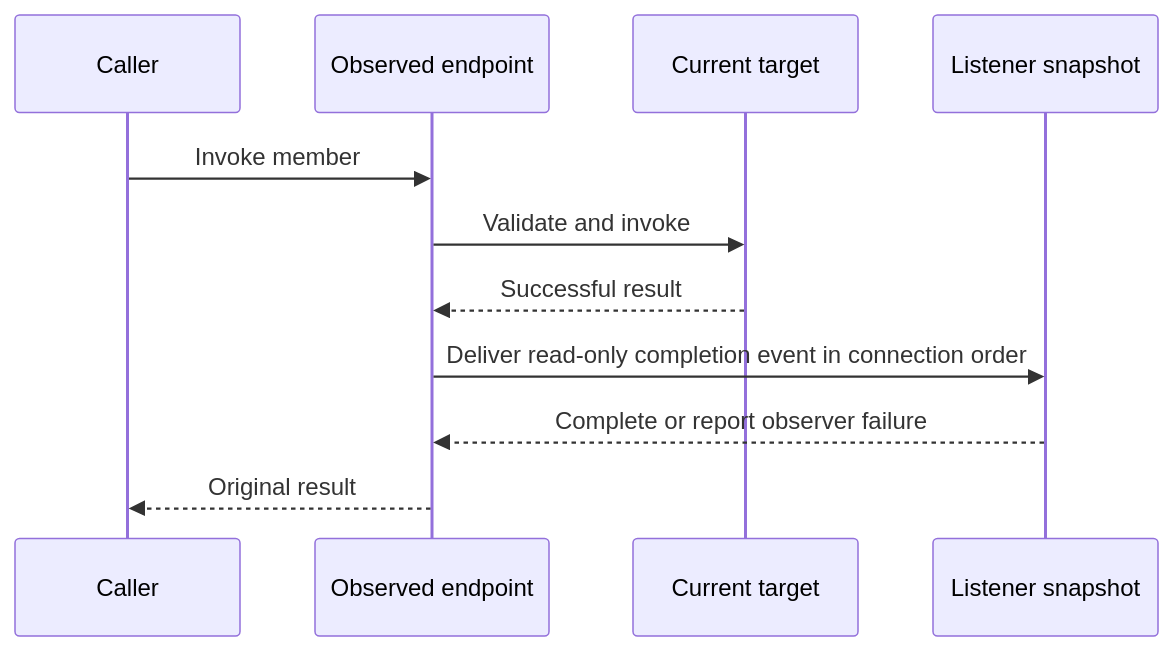
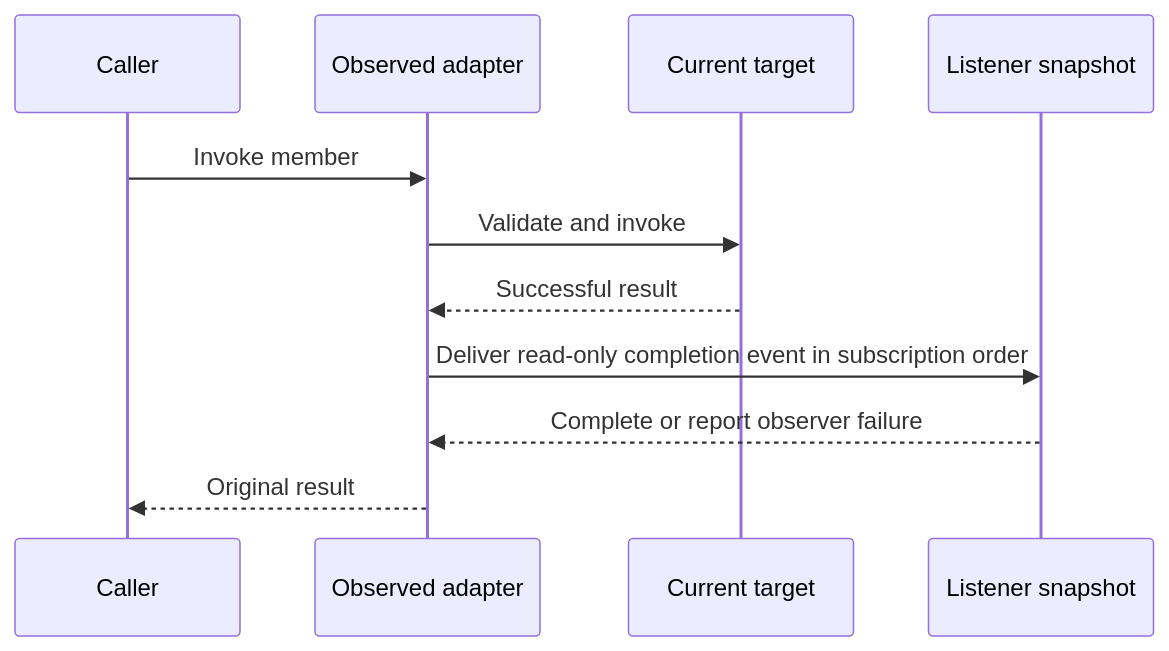
One commit to w2xel/refl changed the diagram in docs/content/architecture/observation.md. Above: the diagram before and after it, drawn with Mermaid. The commit also changed other lines of this file and 9 other files, not shown here.

Commit message:
docs: standardize architecture naming and isolate legacy terminology

````diff
--- a/docs/content/architecture/observation.md
+++ b/docs/content/architecture/observation.md
@@ -44,13 +44,13 @@
 ```mermaid
 sequenceDiagram
     participant C as Caller
-    participant O as Observed endpoint
+    participant O as Observed adapter
     participant T as Current target
     participant L as Listener snapshot
     C->>O: Invoke member
     O->>T: Validate and invoke
     T-->>O: Successful result
-    O->>L: Deliver read-only completion event in connection order
+    O->>L: Deliver read-only completion event in subscription order
     L-->>O: Complete or report observer failure
     O-->>C: Original result
 ```
````
